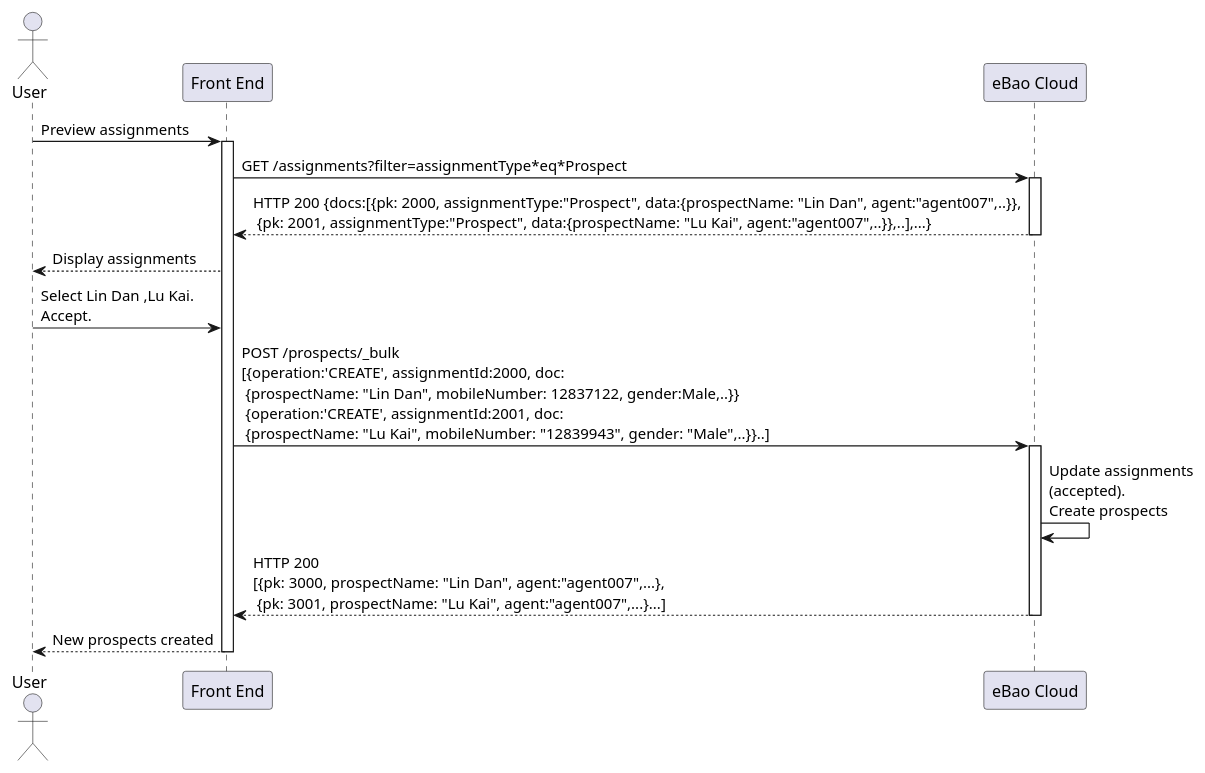
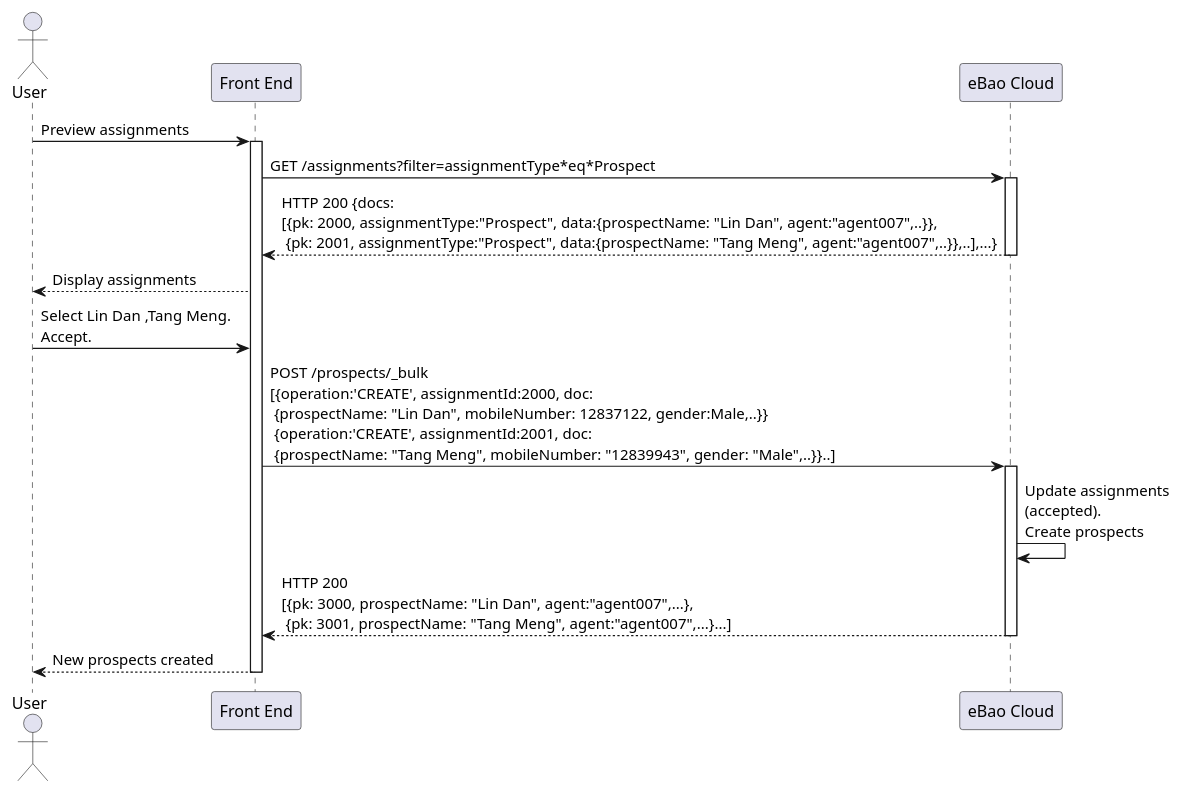
The eighth of 9 diagrams in markdown/prospects.md (yitchoong/cloudapi), drawn with PlantUML before and after one commit. The commit also changed other lines of this file and 3 other files, not shown here.

````diff
--- a/markdown/prospects.md
+++ b/markdown/prospects.md
@@ -259,23 +296,23 @@
 ```puml
 
 actor User
 participant "Front End" as F
 participant "eBao Cloud" as ebao
 
 User -> F : Preview assignments
 activate F
 F -> ebao : GET /assignments?filter=assignmentType*eq*Prospect
 activate ebao
-ebao --> F : HTTP 200 {docs:[{pk: 2000, assignmentType:"Prospect", data:{prospectName: "Lin Dan", agent:"agent007",..}},\n {pk: 2001, assignmentType:"Prospect", data:{prospectName: "Lu Kai", agent:"agent007",..}},..],...}
+ebao --> F : HTTP 200 {docs:\n[{pk: 2000, assignmentType:"Prospect", data:{prospectName: "Lin Dan", agent:"agent007",..}},\n {pk: 2001, assignmentType:"Prospect", data:{prospectName: "Tang Meng", agent:"agent007",..}},..],...}
 deactivate ebao
 F --> User : Display assignments
-User -> F : Select Lin Dan ,Lu Kai.\nAccept.
-F -> ebao: POST /prospects/_bulk \n[{operation:'CREATE', assignmentId:2000, doc: \n {prospectName: "Lin Dan", mobileNumber: 12837122, gender:Male,..}}\n {operation:'CREATE', assignmentId:2001, doc: \n {prospectName: "Lu Kai", mobileNumber: "12839943", gender: "Male",..}}..]
+User -> F : Select Lin Dan ,Tang Meng.\nAccept.
+F -> ebao: POST /prospects/_bulk \n[{operation:'CREATE', assignmentId:2000, doc: \n {prospectName: "Lin Dan", mobileNumber: 12837122, gender:Male,..}}\n {operation:'CREATE', assignmentId:2001, doc: \n {prospectName: "Tang Meng", mobileNumber: "12839943", gender: "Male",..}}..]
 activate ebao
 ebao -> ebao : Update assignments\n(accepted).\nCreate prospects
-ebao --> F : HTTP 200 \n[{pk: 3000, prospectName: "Lin Dan", agent:"agent007",...},\n {pk: 3001, prospectName: "Lu Kai", agent:"agent007",...}...]
+ebao --> F : HTTP 200 \n[{pk: 3000, prospectName: "Lin Dan", agent:"agent007",...},\n {pk: 3001, prospectName: "Tang Meng", agent:"agent007",...}...]
 deactivate ebao
 F --> User: New prospects created
 deactivate F
 
 ```
````
